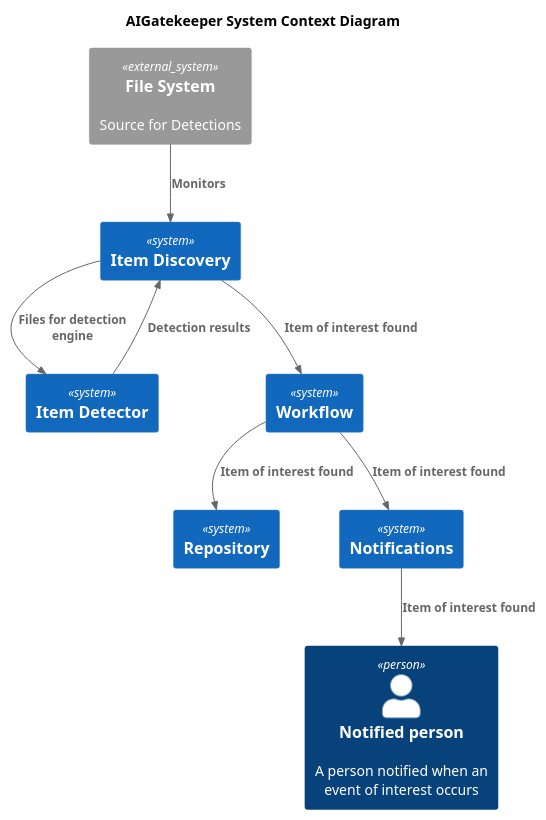
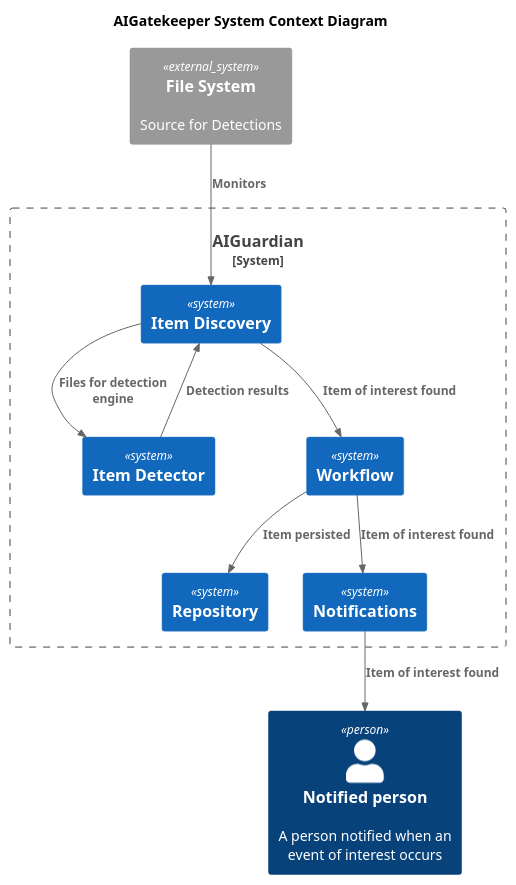
One commit to johnhinz/AIGatekeeper changed the diagram in diagrams/systemcontext.puml. Above: the diagram before and after it, drawn with PlantUML. The commit also changed 1 other file, not shown here.

Commit message:
modified system context c4

```diff
--- a/diagrams/systemcontext.puml
+++ b/diagrams/systemcontext.puml
@@ -1,25 +1,27 @@
 @startuml test
 !includeurl https://raw.githubusercontent.com/RicardoNiepel/C4-PlantUML/master/C4_Context.puml
 
 title AIGatekeeper System Context Diagram
 
 Person(recipient, "Notified person", "A person notified when an event of interest occurs")
 System_Ext(sys, "File System", "Source for Detections")
-System(discovery, "Item Discovery")
-System(detector, "Item Detector")
-System(workflow, "Workflow")
-System(repo, "Repository")
-System(notification, "Notifications")
+System_Boundary(bound, "AIGuardian") {
+
+    System(discovery, "Item Discovery")
+    System(detector, "Item Detector")
+    System(workflow, "Workflow")
+    System(repo, "Repository")
+    System(notification, "Notifications")
+}
 
 Rel(sys, discovery, "Monitors")
 Rel(discovery, detector, "Files for detection engine")
 Rel_Back(discovery, detector, "Detection results")
 Rel(discovery, workflow, "Item of interest found")
-Rel(workflow, repo, "Item of interest found")
+Rel(workflow, repo, "Item persisted")
 Rel(workflow, notification, "Item of interest found")
 Rel(notification, recipient, "Item of interest found")
 
-' Rel_Neighbor(banking_system, mail_system, "Sends e-mails", "SMTP")
-' Rel(banking_system, mainframe, "Uses")
+
 
 @enduml
```
